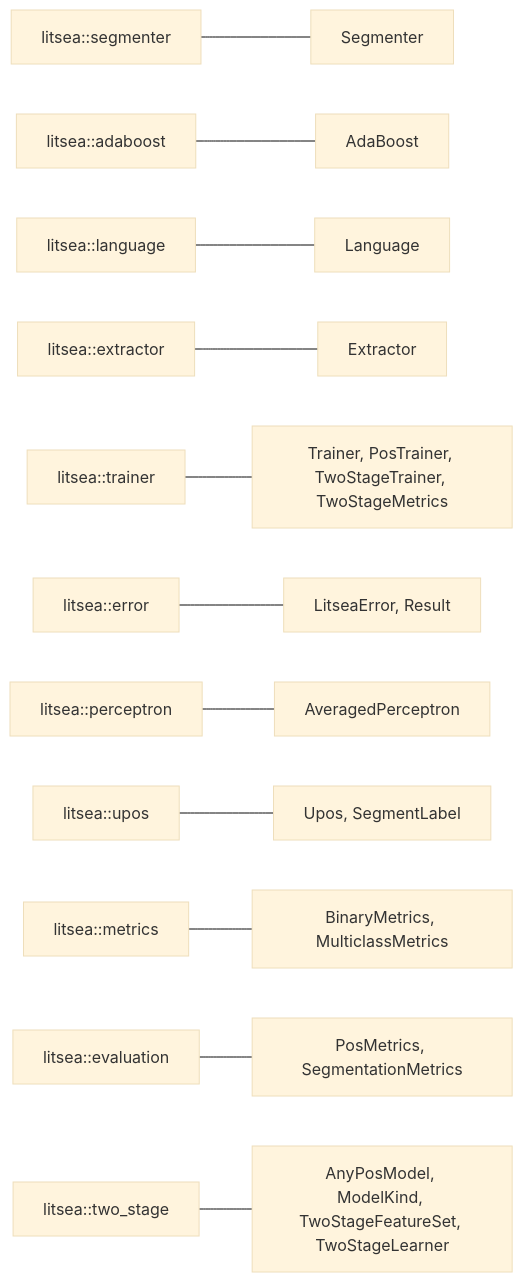
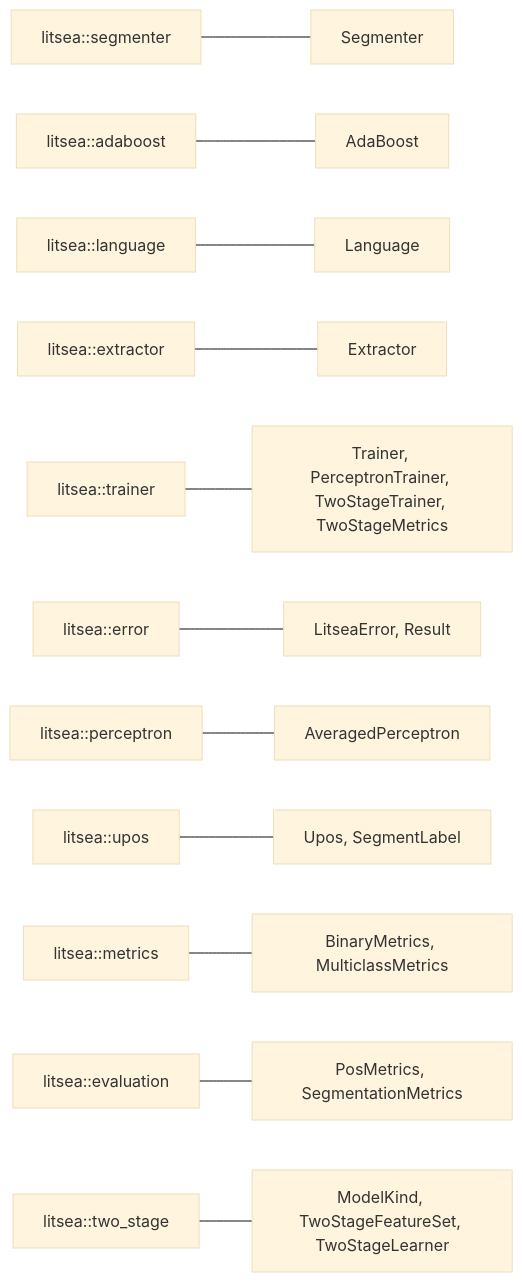
Before and after one commit to mosuka/litsea: the diagram in docs/ja/src/litsea.md, drawn with Mermaid (base theme). The commit also changed other lines of this file and 87 other files, not shown here.

````diff
--- a/docs/ja/src/litsea.md
+++ b/docs/ja/src/litsea.md
@@ -16,14 +16,14 @@
 ```mermaid
 graph LR
     A["litsea::segmenter"] --- B["Segmenter"]
     C["litsea::adaboost"] --- D["AdaBoost"]
     E["litsea::language"] --- F["Language"]
     G["litsea::extractor"] --- H["Extractor"]
-    I["litsea::trainer"] --- J["Trainer, PosTrainer, TwoStageTrainer, TwoStageMetrics"]
+    I["litsea::trainer"] --- J["Trainer, PerceptronTrainer, TwoStageTrainer, TwoStageMetrics"]
     K["litsea::error"] --- L["LitseaError, Result"]
     M["litsea::perceptron"] --- N["AveragedPerceptron"]
     O["litsea::upos"] --- P["Upos, SegmentLabel"]
     Q["litsea::metrics"] --- R["BinaryMetrics, MulticlassMetrics"]
     S["litsea::evaluation"] --- T["PosMetrics, SegmentationMetrics"]
-    U["litsea::two_stage"] --- V["AnyPosModel, ModelKind, TwoStageFeatureSet, TwoStageLearner"]
+    U["litsea::two_stage"] --- V["ModelKind, TwoStageFeatureSet, TwoStageLearner"]
 ```
````
